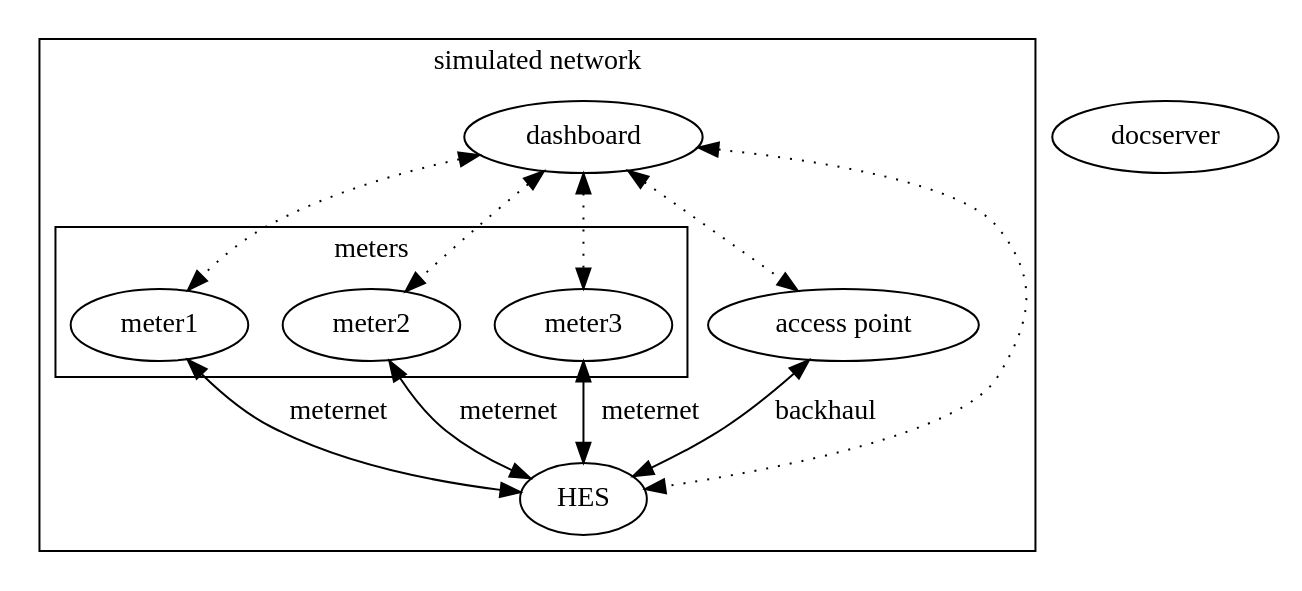
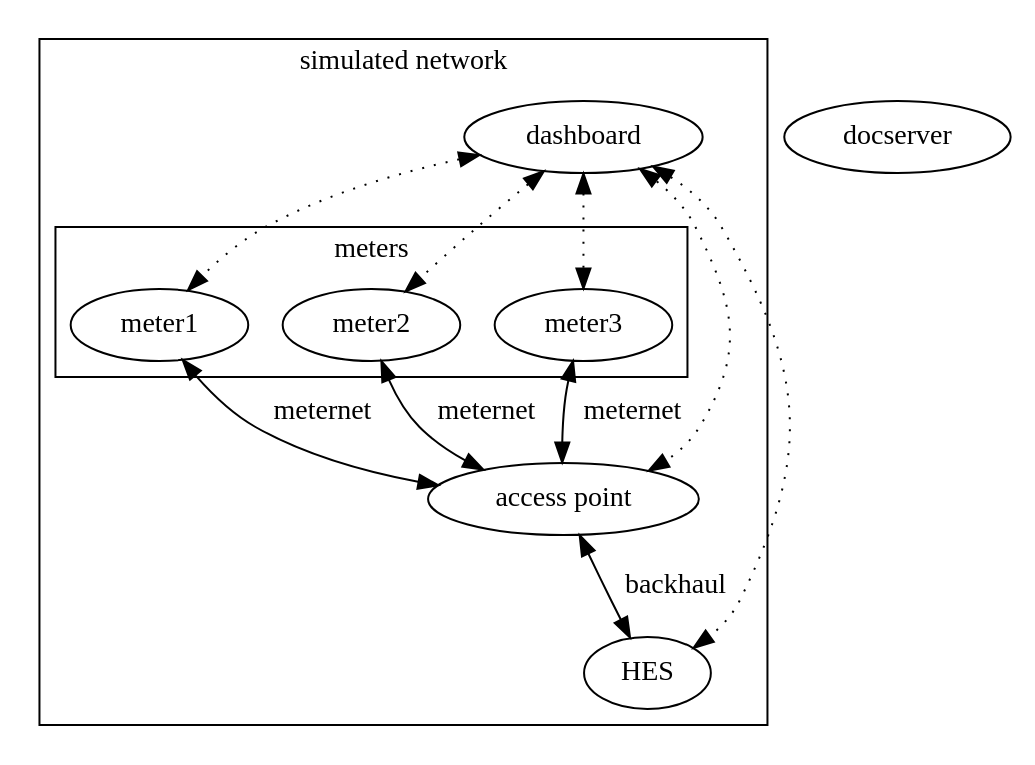
Before and after one commit to epri-dev/dlms-access-point: the diagram in src/doc/blocks.dot, drawn with Graphviz.

Commit message:
Fix diagram to show proper relationship to access point.

```diff
--- a/src/doc/blocks.dot
+++ b/src/doc/blocks.dot
@@ -1,26 +1,26 @@
 graph blocks {
     edge [dir="both"];
     subgraph cluster_all {
         label = "simulated network";
         subgraph cluster_meters {
             label = "meters";
             {rank=same meter1 meter2 meter3}
             meter1;
             meter2;
             meter3;
         }
         AP [label="access point"];
         HES;
         dashboard;
     }
     docserver;
-    meter1 -- HES [label="meternet"];
-    meter2 -- HES [label="meternet"];
-    meter3 -- HES [label="meternet"];
+    meter1 -- AP [label="meternet"];
+    meter2 -- AP [label="meternet"];
+    meter3 -- AP [label="meternet"];
     AP -- HES [label="backhaul"];
     dashboard -- HES [style="dotted"];
     dashboard -- AP [style="dotted"];
     dashboard -- meter1 [style="dotted"];
     dashboard -- meter2 [style="dotted"];
     dashboard -- meter3 [style="dotted"];
 }
```
